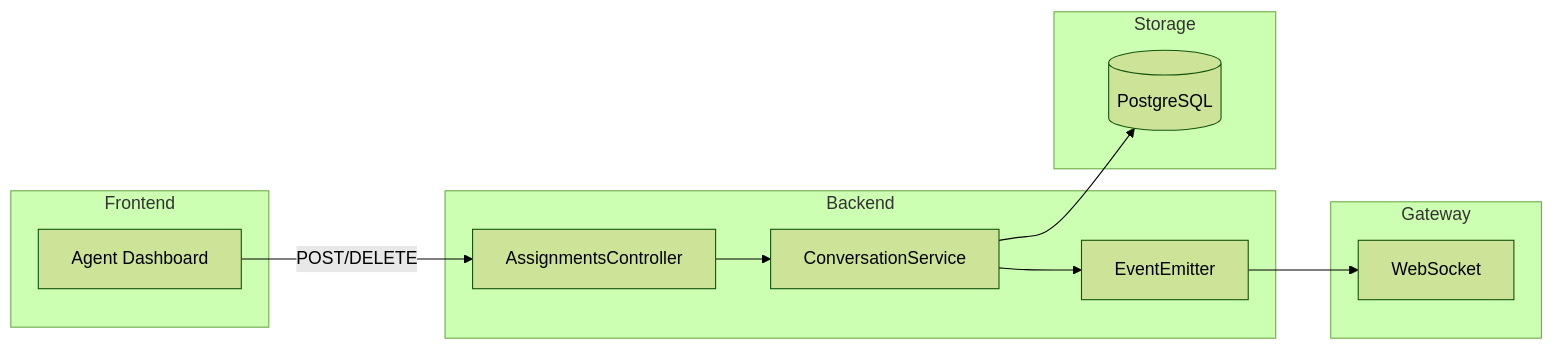
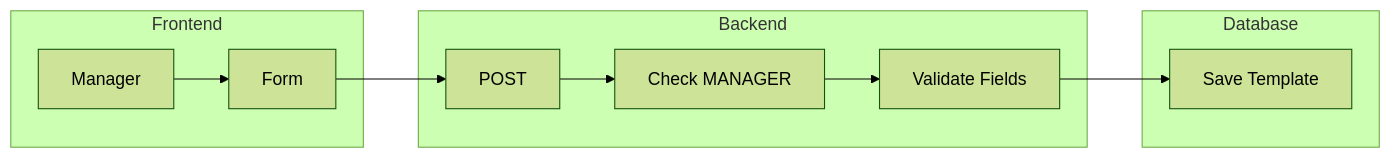
The fourth of 8 diagrams in presentation/pages/hiep.md (doananhhung/livechat), drawn with Mermaid (forest theme) before and after one commit. The commit also changed other lines of this file, not shown here.

````diff
--- a/presentation/pages/hiep.md
+++ b/presentation/pages/hiep.md
@@ -287,23 +206,14 @@
 ```mermaid
 flowchart LR
-    subgraph Frontend["Frontend"]
-        A["Agent Dashboard"]
+    subgraph Frontend
+        A[Manager] --> B[Form]
     end
-
-    subgraph Backend["Backend"]
-        B["AssignmentsController"]
-        C["ConversationService"]
-        D["EventEmitter"]
+    subgraph Backend
+        B --> C[POST]
+        C --> D[Check MANAGER]
+        D --> E[Validate Fields]
     end
-
-    subgraph Storage["Storage"]
-        E[("PostgreSQL")]
+    subgraph Database
+        E --> F[Save Template]
     end
-
-    subgraph Gateway["Gateway"]
-        F["WebSocket"]
-    end
-
-    A -->|"POST/DELETE"| B --> C --> E
-    C --> D --> F
 ```
````
